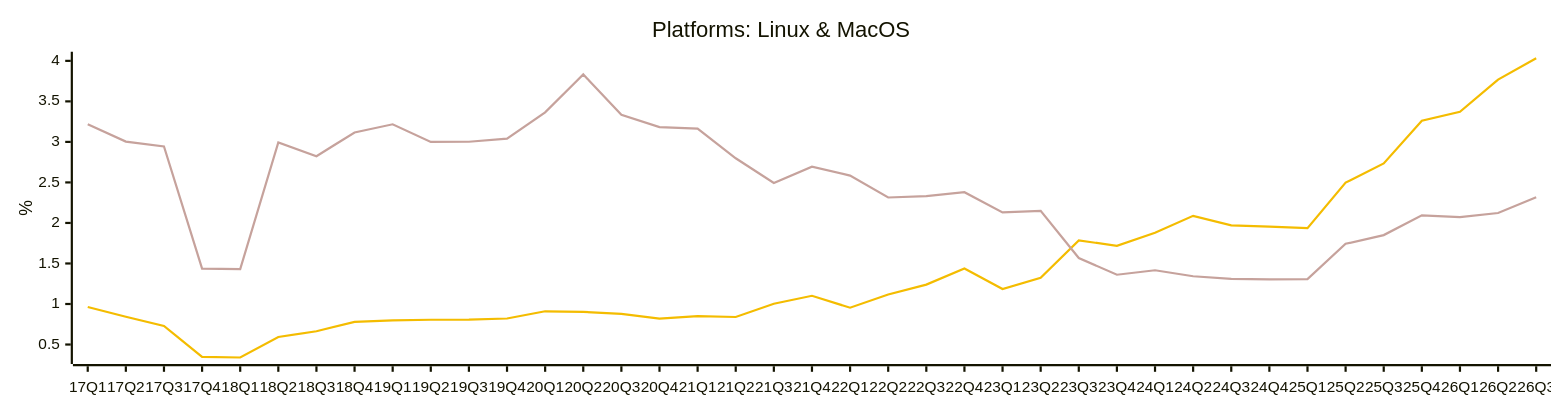
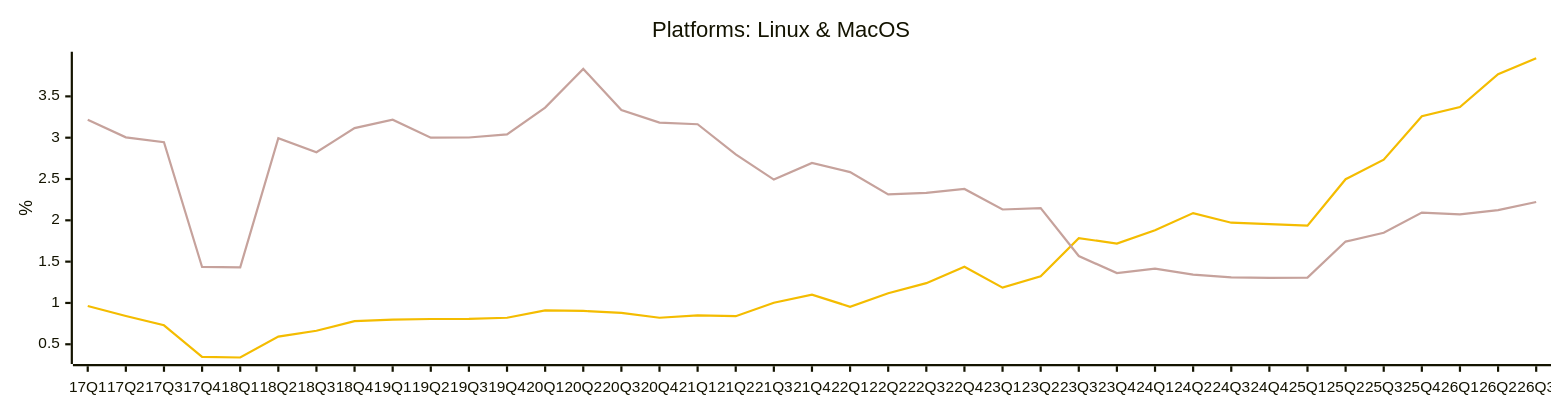
Before and after one commit to jdegene/steamHWsurvey: diagram 14 of 31 in README.md, drawn with Mermaid. The commit also changed other lines of this file and 2 other files, not shown here.

````diff
--- a/README.md
+++ b/README.md
@@ -476,20 +476,20 @@
 ```mermaid
 ---
 config:
     xyChart:
         width: 1400
         height: 350
         
     themeVariables:
         xyChart:
             plotColorPalette: "#F4BC00,#c6a29c"
 
 --- 
 
 xychart-beta
     title "Platforms: Linux & MacOS"
     x-axis [17Q1, 17Q2, 17Q3, 17Q4, 18Q1, 18Q2, 18Q3, 18Q4, 19Q1, 19Q2, 19Q3, 19Q4, 20Q1, 20Q2, 20Q3, 20Q4, 21Q1, 21Q2, 21Q3, 21Q4, 22Q1, 22Q2, 22Q3, 22Q4, 23Q1, 23Q2, 23Q3, 23Q4, 24Q1, 24Q2, 24Q3, 24Q4, 25Q1, 25Q2, 25Q3, 25Q4, 26Q1, 26Q2, 26Q3]
     y-axis "%" 
-    line [0.9629629629629629, 0.8423321167084589, 0.7295250063832225, 0.34668011817717975, 0.3398441306938039, 0.593525424245181, 0.6635581054241466, 0.7792481571540832, 0.7990978622832221, 0.8058119058824723, 0.8067585706598314, 0.8207457332870973, 0.9099957124504154, 0.9030286917823621, 0.8788043122276096, 0.8207647312985304, 0.849437247823317, 0.8395141763634049, 1.0026071423190688, 1.101331564818539, 0.9541877779899417, 1.1169806037716354, 1.239522611427655, 1.4385604115105164, 1.1853985164006193, 1.322420043350276, 1.7838913196090922, 1.7184094503474305, 1.8789606726989223, 2.0875864781679585, 1.9709605011684648, 1.9549152742872884, 1.9352274566892893, 2.4976579929159386, 2.734377001977596, 3.2605972734749162, 3.3708209433303082, 3.7688624134739492, 4.031602184268608]
-    line [3.216630196936543, 3.004129474095911, 2.9447565259599298, 1.435682107395198, 1.430910150994627, 2.9938298498795453, 2.823870594502083, 3.1158821949711433, 3.217267240929559, 3.0001411831144997, 3.002216244907254, 3.0405102865071676, 3.364364205649554, 3.832442067736185, 3.3352458205559405, 3.181915313214408, 3.1630112200550875, 2.7983351630961177, 2.49275301274799, 2.6943252265140676, 2.583985782083982, 2.313946216385241, 2.331434627102927, 2.379708991408111, 2.1308509808416556, 2.1483948101606822, 1.5676751098470096, 1.361030106909568, 1.4162036189390939, 1.3421722666974256, 1.3103909436762908, 1.3046685143432795, 1.30661898329446, 1.7428606096422532, 1.850120918737636, 2.0933264346933806, 2.071167671088301, 2.122520025362987, 2.316439702372596]
+    line [0.9629629629629629, 0.8423321167084589, 0.7295250063832225, 0.34668011817717975, 0.3398441306938039, 0.593525424245181, 0.6635581054241466, 0.7792481571540832, 0.7990978622832221, 0.8058119058824723, 0.8067585706598311, 0.8207457332870973, 0.9099957124504154, 0.9030286917823623, 0.8788043122276098, 0.8207647312985304, 0.849437247823317, 0.8395141763634049, 1.0026071423190688, 1.101331564818539, 0.9541877779899417, 1.1169806037716354, 1.239522611427655, 1.4385604115105164, 1.1853985164006193, 1.322420043350276, 1.7838913196090922, 1.7184094503474305, 1.8789606726989223, 2.0875864781679585, 1.9709605011684648, 1.9549152742872884, 1.9352274566892893, 2.497657992915939, 2.7343770019775966, 3.2605972734749162, 3.3708209433303082, 3.7688624134739492, 3.960789007889852]
+    line [3.216630196936543, 3.004129474095911, 2.9447565259599298, 1.435682107395198, 1.430910150994627, 2.9938298498795453, 2.823870594502083, 3.1158821949711433, 3.217267240929559, 3.0001411831144997, 3.002216244907254, 3.040510286507167, 3.364364205649554, 3.832442067736185, 3.3352458205559405, 3.181915313214408, 3.1630112200550875, 2.7983351630961177, 2.49275301274799, 2.6943252265140676, 2.583985782083982, 2.313946216385241, 2.331434627102927, 2.379708991408111, 2.1308509808416556, 2.1483948101606822, 1.5676751098470096, 1.361030106909568, 1.4162036189390939, 1.3421722666974256, 1.3103909436762908, 1.3046685143432795, 1.30661898329446, 1.7428606096422532, 1.850120918737636, 2.0933264346933806, 2.071167671088301, 2.122520025362987, 2.2222068469007956]
 ``` 
````
